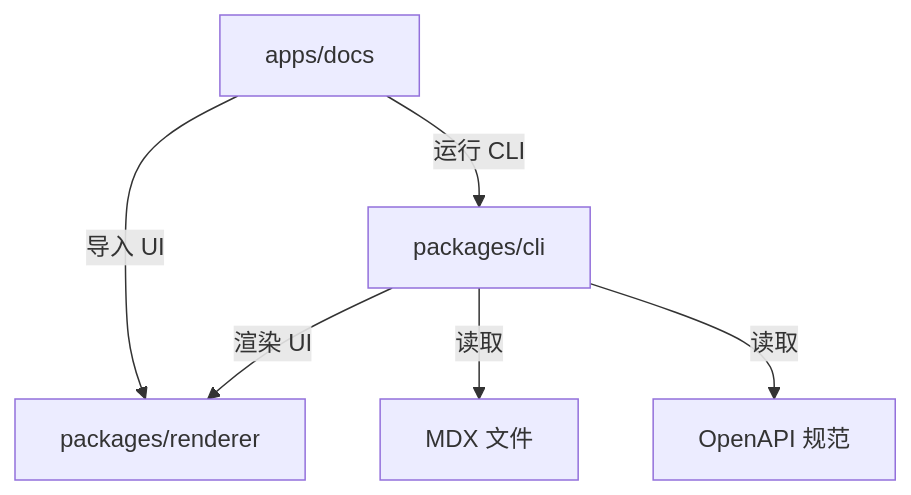
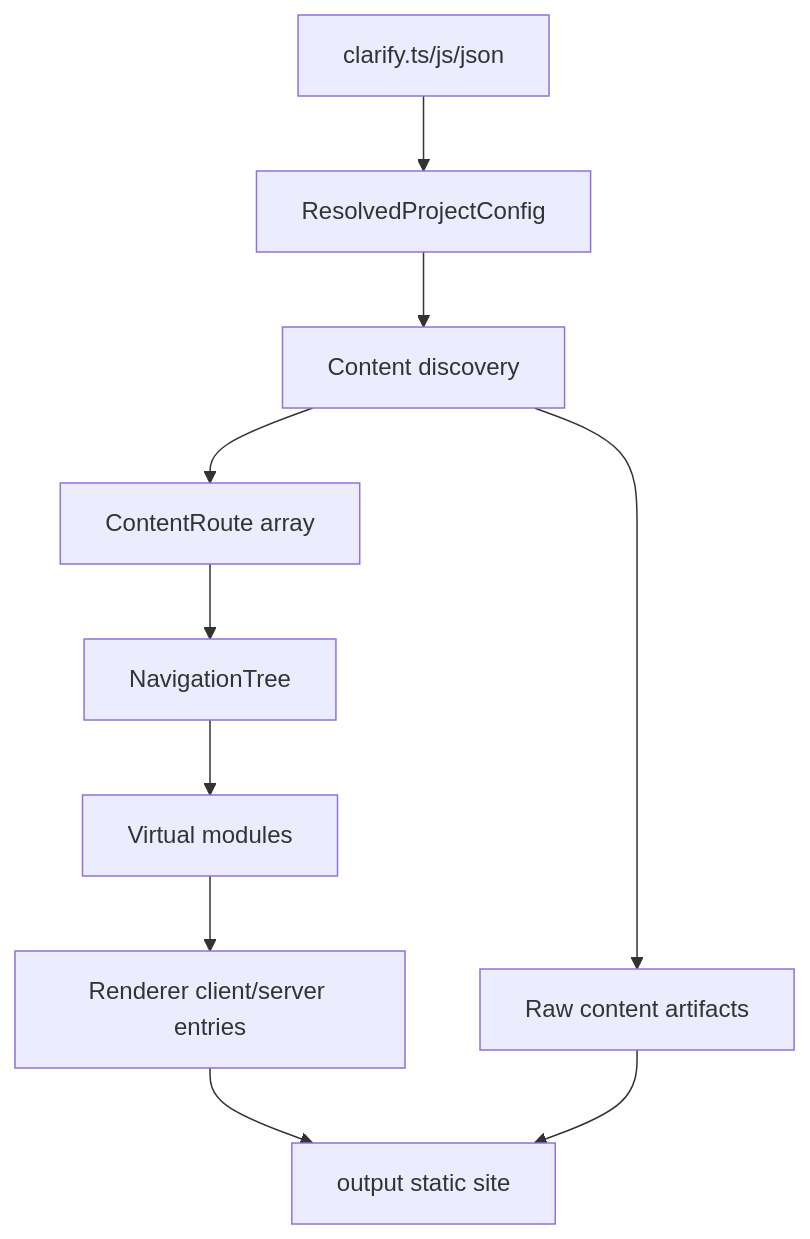
Before and after one commit to taicode-labs/clarify: the diagram in apps/docs/source/zh-CN/development/architecture.mdx, drawn with Mermaid. The commit also changed other lines of this file and 11 other files, not shown here.

````diff
--- a/apps/docs/source/zh-CN/development/architecture.mdx
+++ b/apps/docs/source/zh-CN/development/architecture.mdx
@@ -69,8 +69,12 @@
 ```mermaid
 graph TD
-    A[apps/docs] -->|导入 UI| B[packages/renderer]
-    A -->|运行 CLI| C[packages/cli]
-    C -->|渲染 UI| B
-    C -->|读取| D[MDX 文件]
-    C -->|读取| E[OpenAPI 规范]
+    A[clarify.ts/js/json] --> B[ResolvedProjectConfig]
+    B --> C[Content discovery]
+    C --> D[ContentRoute array]
+    D --> E[NavigationTree]
+    E --> F[Virtual modules]
+    F --> G[Renderer client/server entries]
+    G --> H[output static site]
+    C --> I[Raw content artifacts]
+    I --> H
 ```
````
